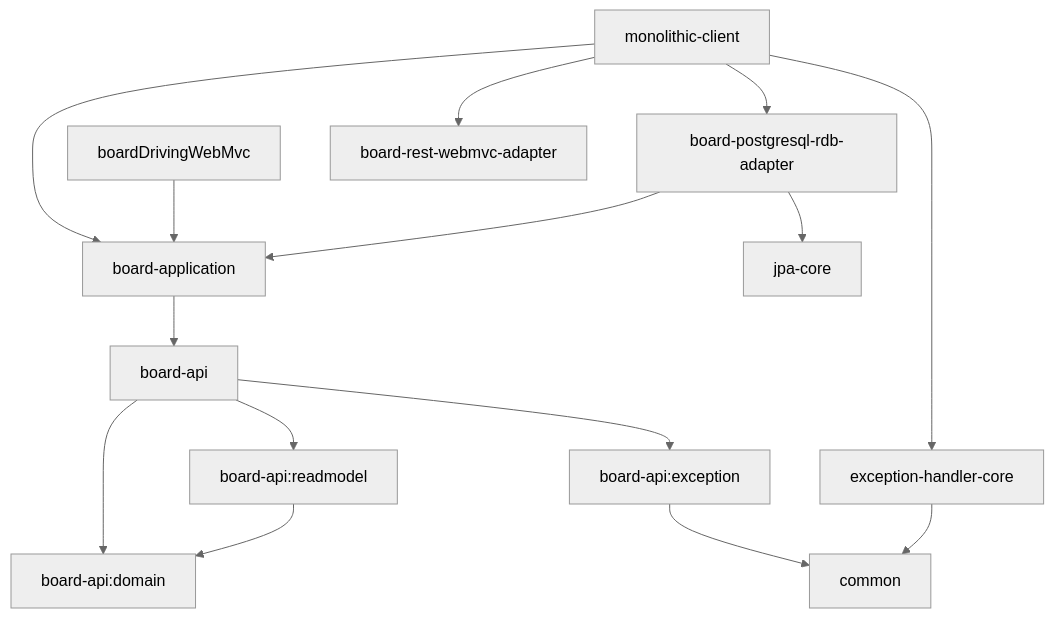
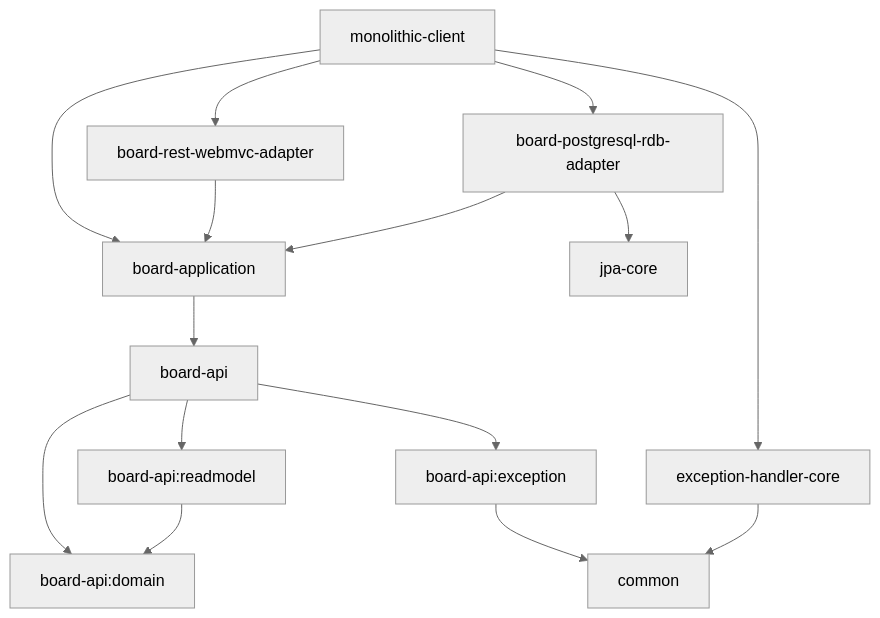
One commit to silberbullet/blolet-multi-module-example changed the diagram in README.md. Above: the diagram before and after it, drawn with Mermaid (neutral theme).

Commit message:
docs(blolet): fix mermaid js

````diff
--- a/README.md
+++ b/README.md
@@ -32,23 +32,23 @@
 ```mermaid
 graph TD;
     exception-handler-core --> common;
     board-api:exception --> common;
     
     board-api:readmodel --> board-api:domain;
     
     board-api --> board-api:domain;
     board-api --> board-api:exception;
     board-api --> board-api:readmodel;
     
     board-application --> board-api;
     
     board-postgresql-rdb-adapter --> jpa-core;
     board-postgresql-rdb-adapter --> board-application;
 
-    boardDrivingWebMvc --> board-application;
+    board-rest-webmvc-adapter  --> board-application;
 
     monolithic-client --> board-application;
     monolithic-client --> board-postgresql-rdb-adapter
     monolithic-client --> board-rest-webmvc-adapter 
     monolithic-client --> exception-handler-core 
 ```
````
